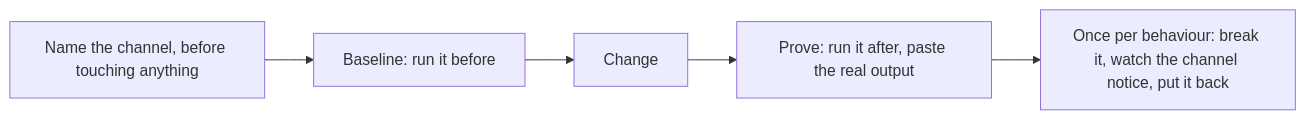
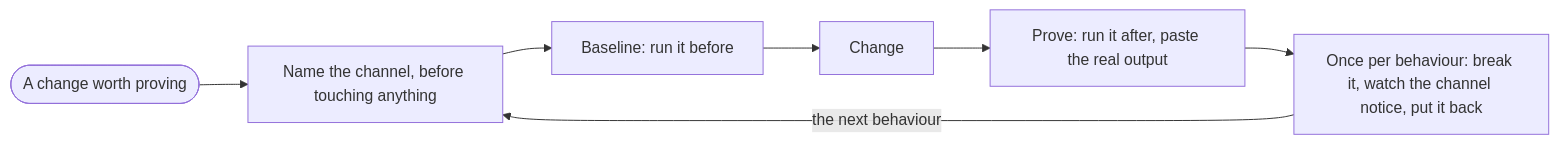
One commit to EthanITA/Mode changed the diagram in skills/mode/modes/prove.md. Above: the diagram before and after it, drawn with Mermaid. The commit also changed other lines of this file and 17 other files, not shown here.

Commit message:
docs(modes): every diagram opens on its trigger, draws its loops and marks its exits

````diff
--- a/skills/mode/modes/prove.md
+++ b/skills/mode/modes/prove.md
@@ -26,7 +27,9 @@
 ```mermaid
 flowchart LR
-    N[Name the channel, before touching anything] --> B[Baseline: run it before]
+    S([A change worth proving]) --> N[Name the channel, before touching anything]
+    N --> B[Baseline: run it before]
     B --> C[Change]
     C --> P[Prove: run it after, paste the real output]
     P --> K[Once per behaviour: break it, watch the channel notice, put it back]
+    K -- the next behaviour --> N
 ```
````
